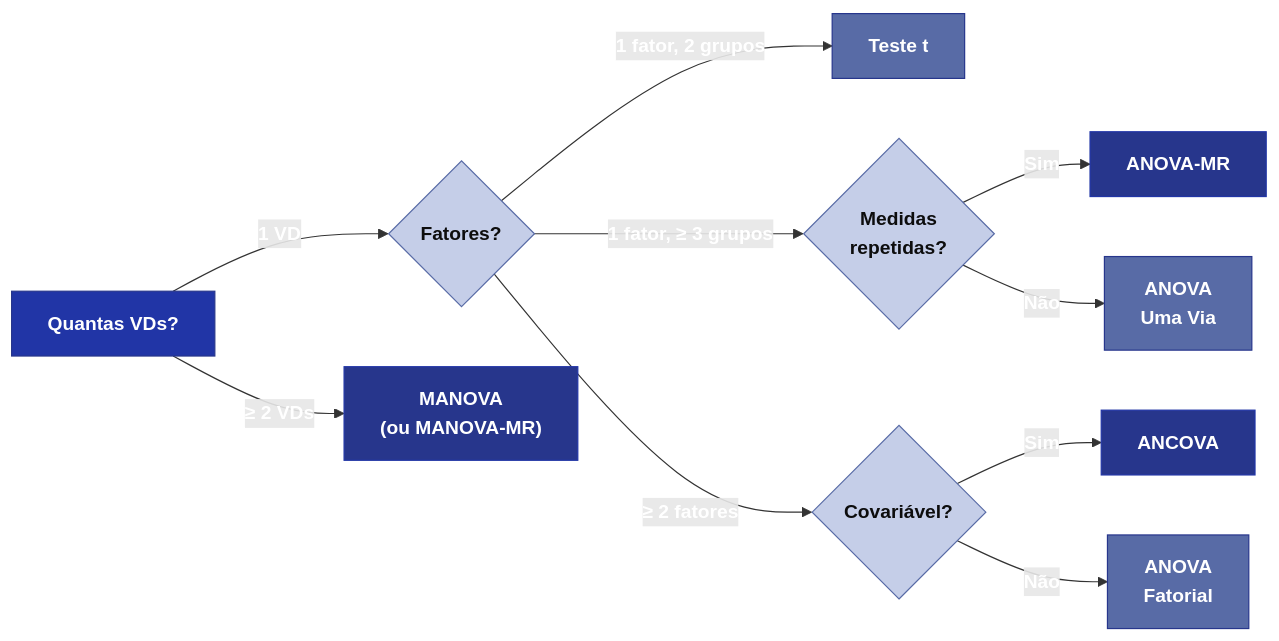
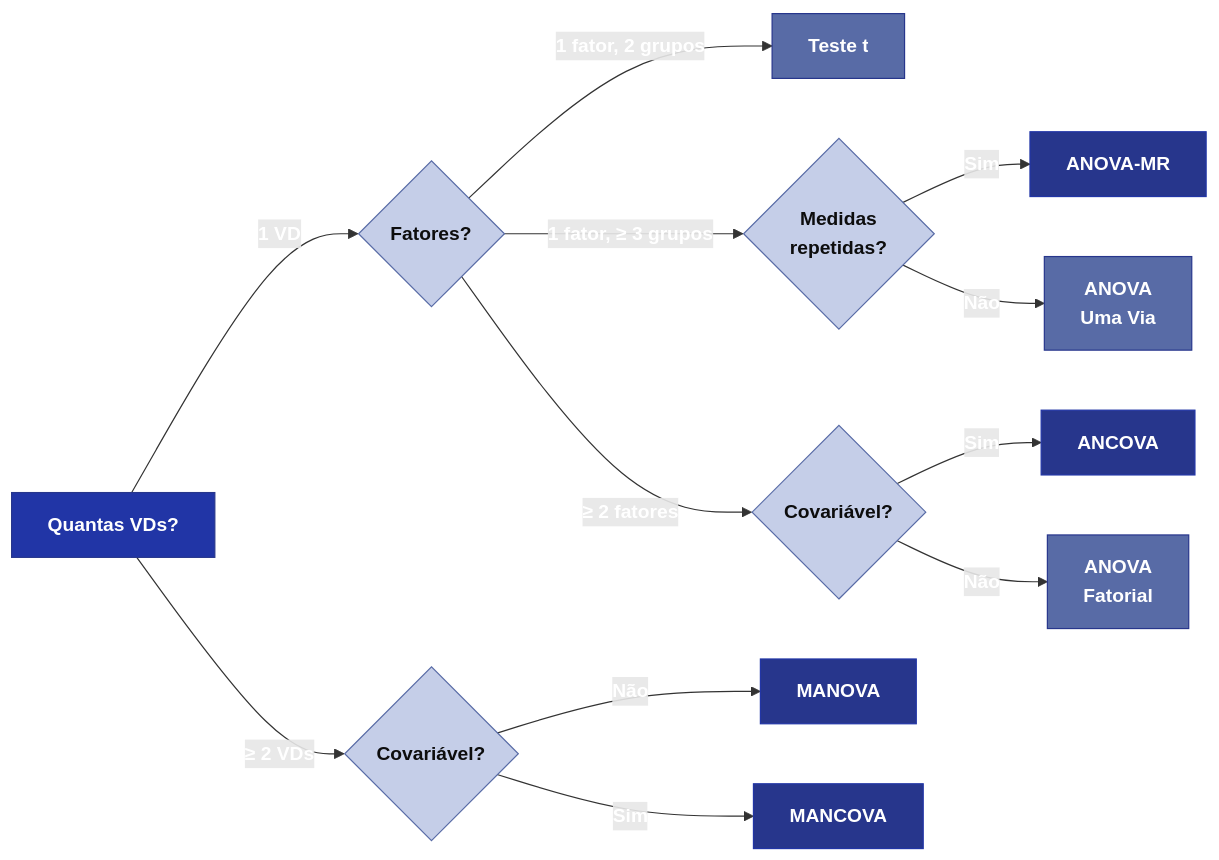
Before and after one commit to ldvsantos/cv: the second of 2 diagrams in aulas/analise_dados_ambientais/aulas/13_anova_completo/anova_completo.qmd, drawn with Mermaid. The commit also changed other lines of this file and 12 other files, not shown here.

````diff
--- a/aulas/analise_dados_ambientais/aulas/13_anova_completo/anova_completo.qmd
+++ b/aulas/analise_dados_ambientais/aulas/13_anova_completo/anova_completo.qmd
@@ -505,21 +470,24 @@
 ```{mermaid}
 %%| fig-width: 10
 flowchart LR
     A["Quantas VDs?"]:::root --> |"1 VD"| B{"Fatores?"}:::node
-    A --> |"≥ 2 VDs"| C["MANOVA\n(ou MANOVA-MR)"]:::result
+    A --> |"≥ 2 VDs"| C{"Covariável?"}:::node
 
     B --> |"1 fator, 2 grupos"| D["Teste t"]:::leaf
     B --> |"1 fator, ≥ 3 grupos"| E{"Medidas\nrepetidas?"}:::node
     B --> |"≥ 2 fatores"| F{"Covariável?"}:::node
 
     E --> |"Sim"| G["ANOVA-MR"]:::result
     E --> |"Não"| H["ANOVA\nUma Via"]:::leaf
 
     F --> |"Sim"| I["ANCOVA"]:::result
     F --> |"Não"| J["ANOVA\nFatorial"]:::leaf
 
+    C --> |"Não"| K["MANOVA"]:::result
+    C --> |"Sim"| L["MANCOVA"]:::result
+
     classDef root fill:#2135A6,color:#fff,font-weight:bold,stroke:#27368C
     classDef node fill:#C5CEE8,color:#0D0D0D,stroke:#586BA6
     classDef leaf fill:#586BA6,color:#fff,stroke:#27368C
     classDef result fill:#27368C,color:#fff,font-weight:bold,stroke:#2135A6
 ```
````
